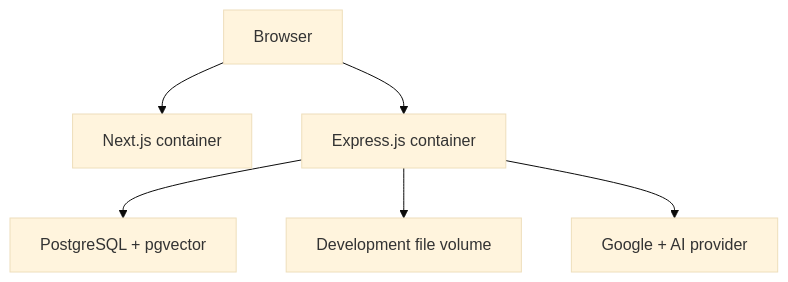
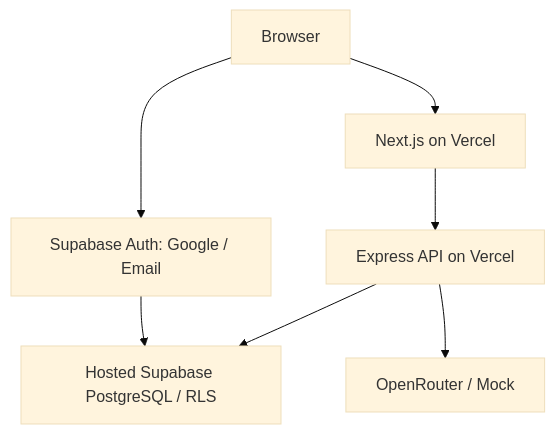
The fourth of 4 diagrams in docs/architecture.md (SteveJO789/LearnlyAi), drawn with Mermaid (base theme) before and after one commit. The commit also changed other lines of this file, not shown here.

Commit message:
docs: align docs/architecture.md with approved Supabase MVP

````diff
--- a/docs/architecture.md
+++ b/docs/architecture.md
@@ -122,8 +121,9 @@
 ```mermaid
 flowchart TB
-    Browser["Browser"] --> Web["Next.js container"]
-    Browser --> API["Express.js container"]
-    API --> DB["PostgreSQL + pgvector"]
-    API --> Volume["Development file volume"]
-    API --> External["Google + AI provider"]
+    Browser["Browser"] --> Web["Next.js on Vercel"]
+    Browser --> Auth["Supabase Auth: Google / Email"]
+    Web --> API["Express API on Vercel"]
+    API --> DB["Hosted Supabase PostgreSQL / RLS"]
+    API --> Model["OpenRouter / Mock"]
+    Auth --> DB
 ```
````
